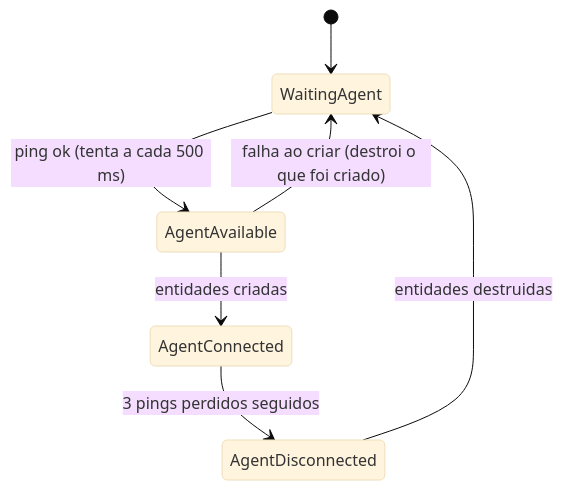
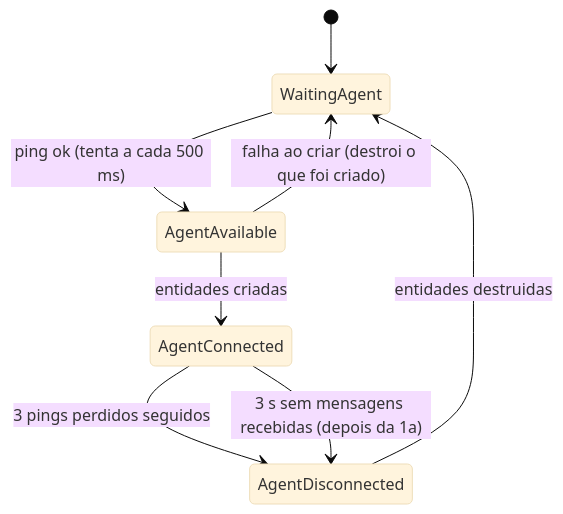
One commit to projeto-VIDA-UFLA/projeto-vida-firmware-esp32 changed the diagram in doc/comunication/RosCommunication.md. Above: the diagram before and after it, drawn with Mermaid (base theme). The commit also changed other lines of this file and 4 other files, not shown here.

First line of the commit message:
micro-ROS: recria a sessao apos 3 s sem mensagens recebidas

````diff
--- a/doc/comunication/RosCommunication.md
+++ b/doc/comunication/RosCommunication.md
@@ -31,9 +31,10 @@
 ```mermaid
 stateDiagram-v2
     [*] --> WaitingAgent
     WaitingAgent --> AgentAvailable: ping ok (tenta a cada 500 ms)
     AgentAvailable --> AgentConnected: entidades criadas
     AgentAvailable --> WaitingAgent: falha ao criar (destroi o que foi criado)
     AgentConnected --> AgentDisconnected: 3 pings perdidos seguidos
+    AgentConnected --> AgentDisconnected: 3 s sem mensagens recebidas (depois da 1a)
     AgentDisconnected --> WaitingAgent: entidades destruidas
 ```
````
